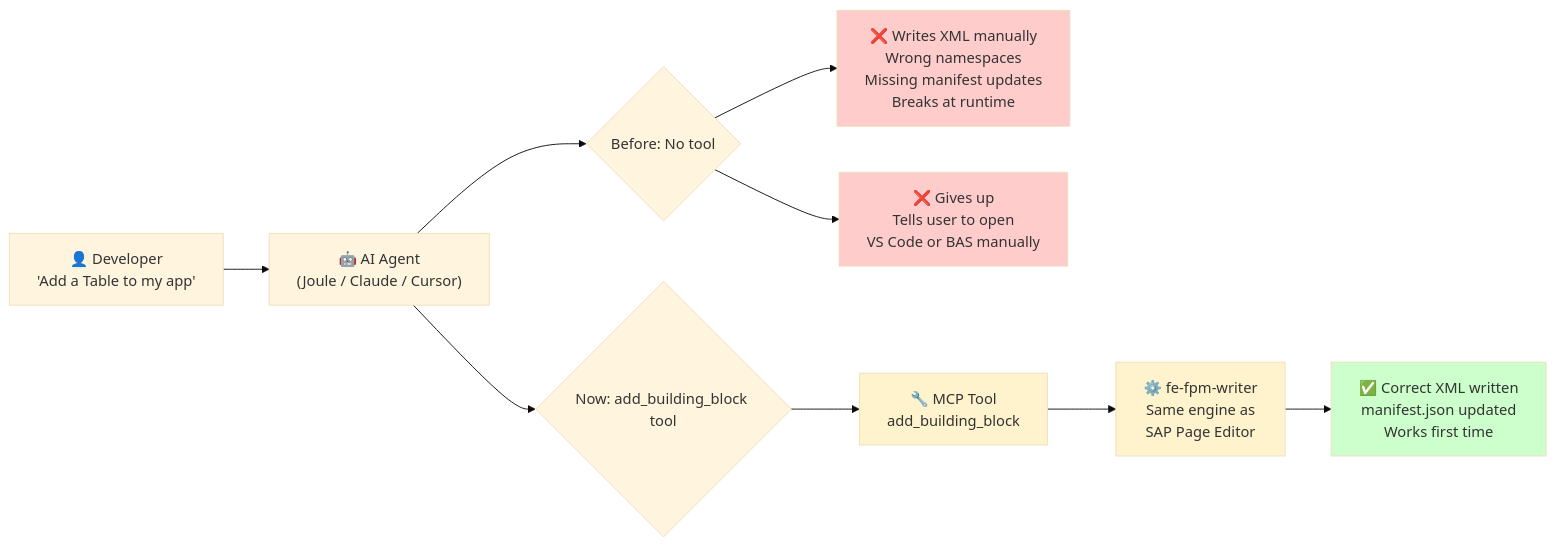
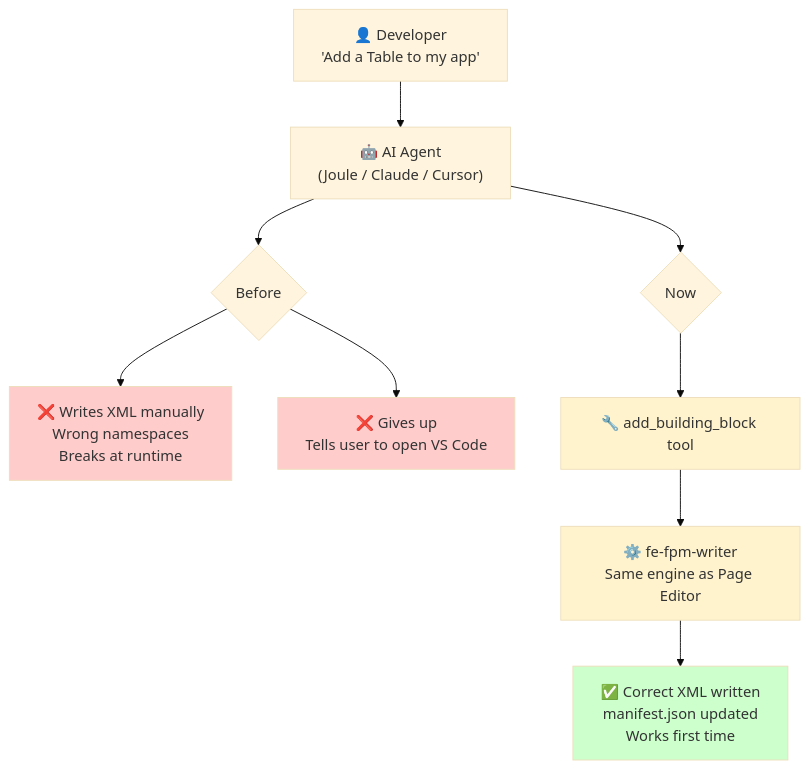
Before and after one commit to SAP/open-ux-tools: the diagram in packages/fiori-mcp-server/add-building-block-spec.md, drawn with Mermaid (base theme). The commit also changed other lines of this file, not shown here.

Commit message:
cleanup: spec diagram

````diff
--- a/packages/fiori-mcp-server/add-building-block-spec.md
+++ b/packages/fiori-mcp-server/add-building-block-spec.md
@@ -107,19 +107,20 @@
 ```mermaid
-flowchart LR
-    A["👤 Developer\n'Add a Table to my app'"] --> B["🤖 AI Agent\n(Joule / Claude / Cursor)"]
+flowchart TD
+    A["👤 Developer<br/>'Add a Table to my app'"]
+    A --> B["🤖 AI Agent<br/>(Joule / Claude / Cursor)"]
 
-    B --> C{"Before: No tool"}
-    C --> D["❌ Writes XML manually\nWrong namespaces\nMissing manifest updates\nBreaks at runtime"]
-    C --> E["❌ Gives up\nTells user to open\nVS Code or BAS manually"]
+    B --> C{"Before"}
+    C --> D["❌ Writes XML manually<br/>Wrong namespaces<br/>Breaks at runtime"]
+    C --> E["❌ Gives up<br/>Tells user to open VS Code"]
 
-    B --> F{"Now: add_building_block tool"}
-    F --> G["🔧 MCP Tool\nadd_building_block"]
-    G --> H["⚙️ fe-fpm-writer\nSame engine as\nSAP Page Editor"]
-    H --> I["✅ Correct XML written\nmanifest.json updated\nWorks first time"]
+    B --> F{"Now"}
+    F --> G["🔧 add_building_block tool"]
+    G --> H["⚙️ fe-fpm-writer<br/>Same engine as Page Editor"]
+    H --> I["✅ Correct XML written<br/>manifest.json updated<br/>Works first time"]
 
     style D fill:#ffcccc
     style E fill:#ffcccc
     style I fill:#ccffcc
     style G fill:#fff3cd
     style H fill:#fff3cd
 ```
````
